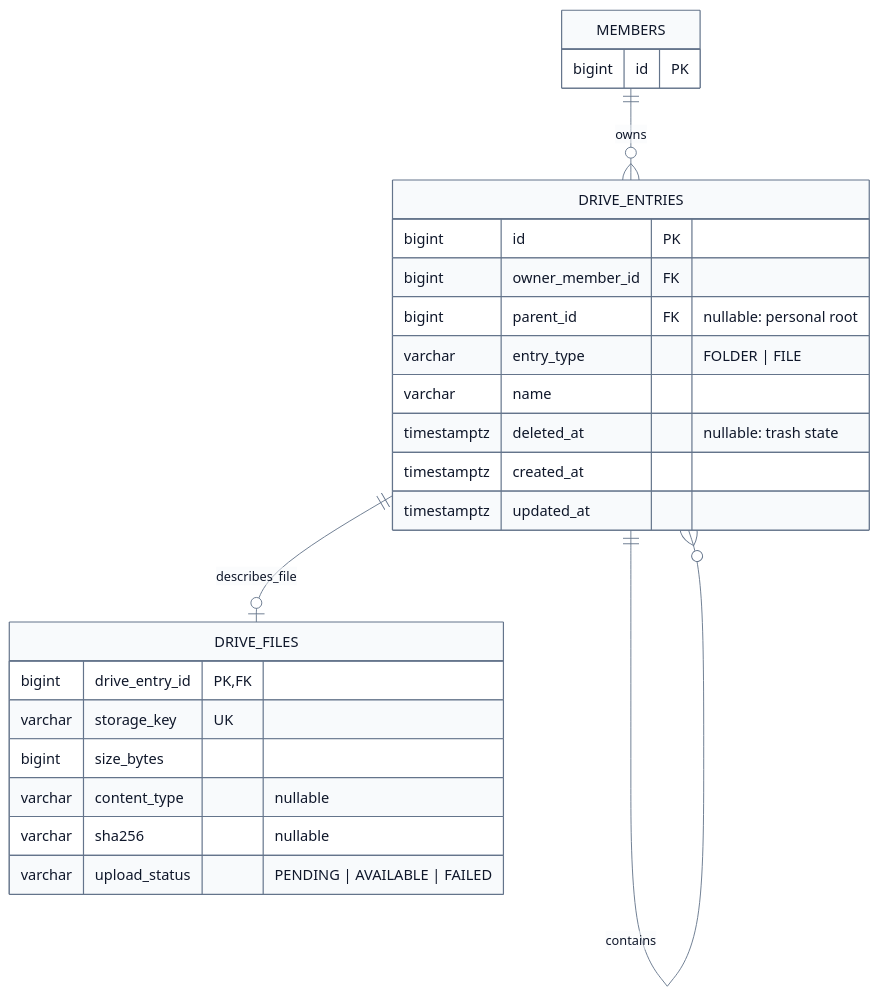
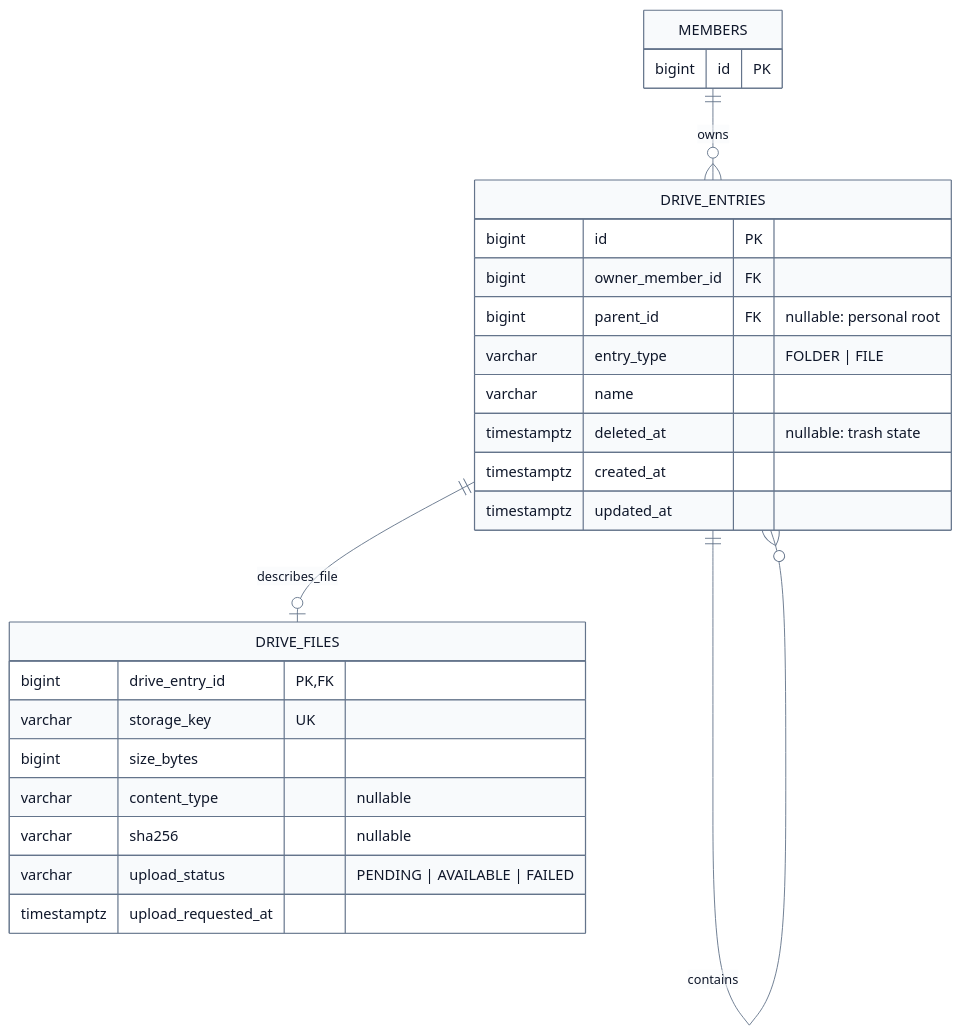
The diagram in docs/services/naru-drive/mvp-domain-model.md (HoBaeBang/naruworks-platform), drawn with Mermaid before and after one commit. The commit also changed other lines of this file and 1 other file, not shown here.

````diff
--- a/docs/services/naru-drive/mvp-domain-model.md
+++ b/docs/services/naru-drive/mvp-domain-model.md
@@ -17,35 +17,36 @@
 ```mermaid
 %%{init: {'theme': 'base', 'themeVariables': {'primaryColor': '#f8fafc', 'primaryTextColor': '#0f172a', 'primaryBorderColor': '#64748b', 'lineColor': '#64748b', 'tertiaryColor': '#f8fafc'}}}%%
 erDiagram
     MEMBERS ||--o{ DRIVE_ENTRIES : owns
     DRIVE_ENTRIES ||--o| DRIVE_FILES : describes_file
     DRIVE_ENTRIES ||--o{ DRIVE_ENTRIES : contains
 
     MEMBERS {
         bigint id PK
     }
 
     DRIVE_ENTRIES {
         bigint id PK
         bigint owner_member_id FK
         bigint parent_id FK "nullable: personal root"
         varchar entry_type "FOLDER | FILE"
         varchar name
         timestamptz deleted_at "nullable: trash state"
         timestamptz created_at
         timestamptz updated_at
     }
 
     DRIVE_FILES {
         bigint drive_entry_id PK, FK
         varchar storage_key UK
         bigint size_bytes
         varchar content_type "nullable"
         varchar sha256 "nullable"
         varchar upload_status "PENDING | AVAILABLE | FAILED"
+        timestamptz upload_requested_at
     }
 
     style MEMBERS fill:#f8fafc,stroke:#64748b,color:#0f172a
     style DRIVE_ENTRIES fill:#f8fafc,stroke:#64748b,color:#0f172a
     style DRIVE_FILES fill:#f8fafc,stroke:#64748b,color:#0f172a
 ```
````
